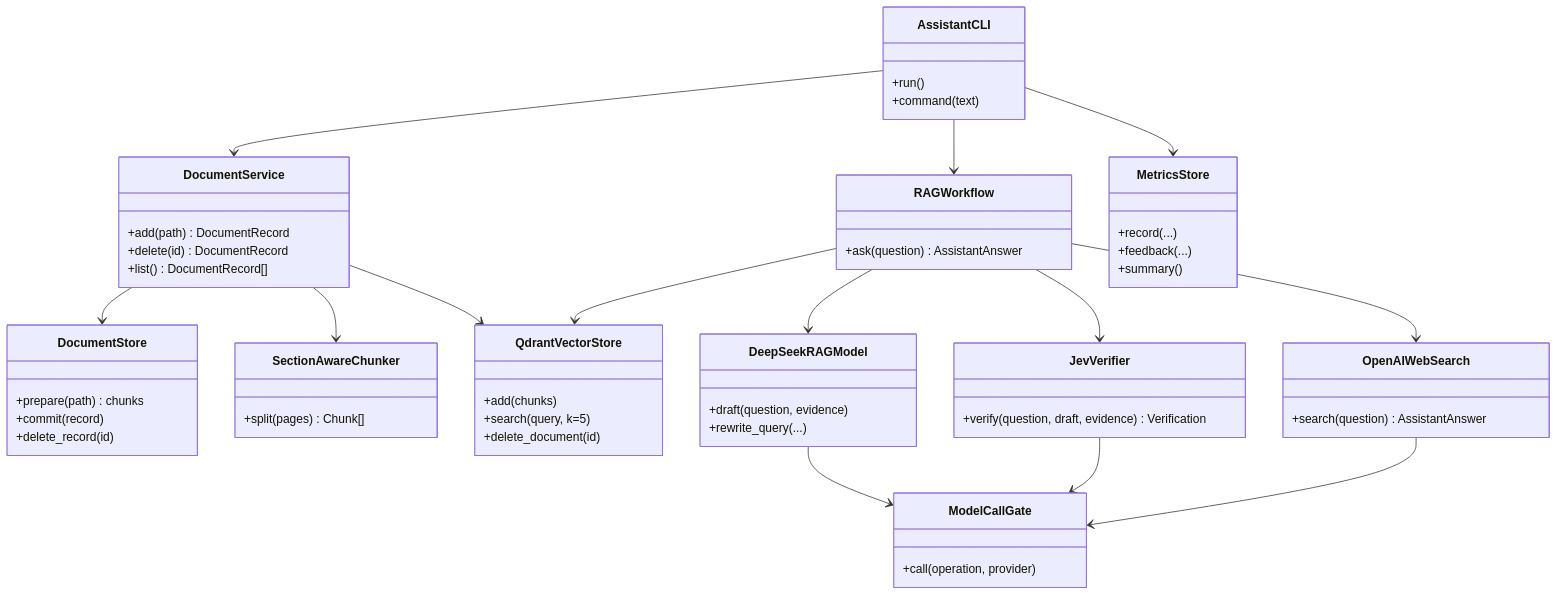
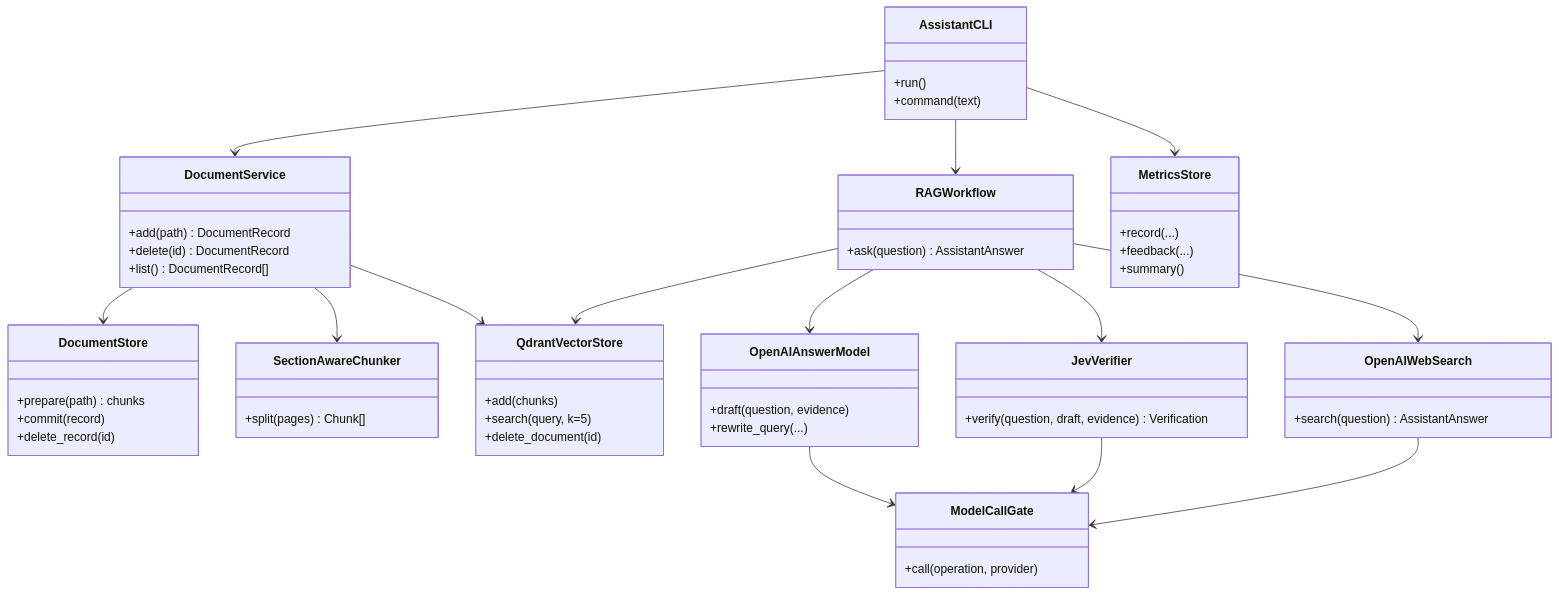
One commit to samuelbagin1/doc-ai-assistent changed the first of 4 diagrams in docs/ARCHITECTURE.md. Above: the diagram before and after it, drawn with Mermaid. The commit also changed other lines of this file, not shown here.

Commit message:
feat: show OpenAI answer model architecture ARCHITECTURE.md

````diff
--- a/docs/ARCHITECTURE.md
+++ b/docs/ARCHITECTURE.md
@@ -11,60 +11,60 @@
 ```mermaid
 classDiagram
     class AssistantCLI {
       +run()
       +command(text)
     }
     class DocumentService {
       +add(path) DocumentRecord
       +delete(id) DocumentRecord
       +list() DocumentRecord[]
     }
     class DocumentStore {
       +prepare(path) chunks
       +commit(record)
       +delete_record(id)
     }
     class SectionAwareChunker {
       +split(pages) Chunk[]
     }
     class QdrantVectorStore {
       +add(chunks)
       +search(query, k=5)
       +delete_document(id)
     }
     class RAGWorkflow {
       +ask(question) AssistantAnswer
     }
-    class DeepSeekRAGModel {
+    class OpenAIAnswerModel {
       +draft(question, evidence)
       +rewrite_query(...)
     }
     class JevVerifier {
       +verify(question, draft, evidence) Verification
     }
     class ModelCallGate {
       +call(operation, provider)
     }
     class OpenAIWebSearch {
       +search(question) AssistantAnswer
     }
     class MetricsStore {
       +record(...)
       +feedback(...)
       +summary()
     }
 
     AssistantCLI --> DocumentService
     AssistantCLI --> RAGWorkflow
     AssistantCLI --> MetricsStore
     DocumentService --> DocumentStore
     DocumentService --> SectionAwareChunker
     DocumentService --> QdrantVectorStore
     RAGWorkflow --> QdrantVectorStore
-    RAGWorkflow --> DeepSeekRAGModel
+    RAGWorkflow --> OpenAIAnswerModel
     RAGWorkflow --> JevVerifier
     RAGWorkflow --> OpenAIWebSearch
-    DeepSeekRAGModel --> ModelCallGate
+    OpenAIAnswerModel --> ModelCallGate
     JevVerifier --> ModelCallGate
     OpenAIWebSearch --> ModelCallGate
 ```
````
